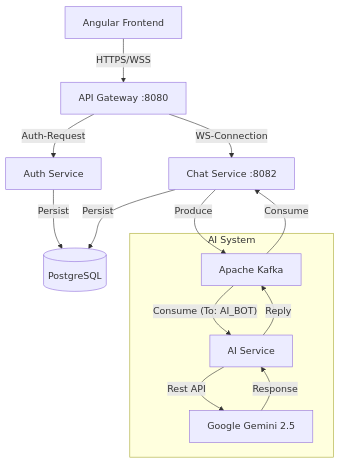
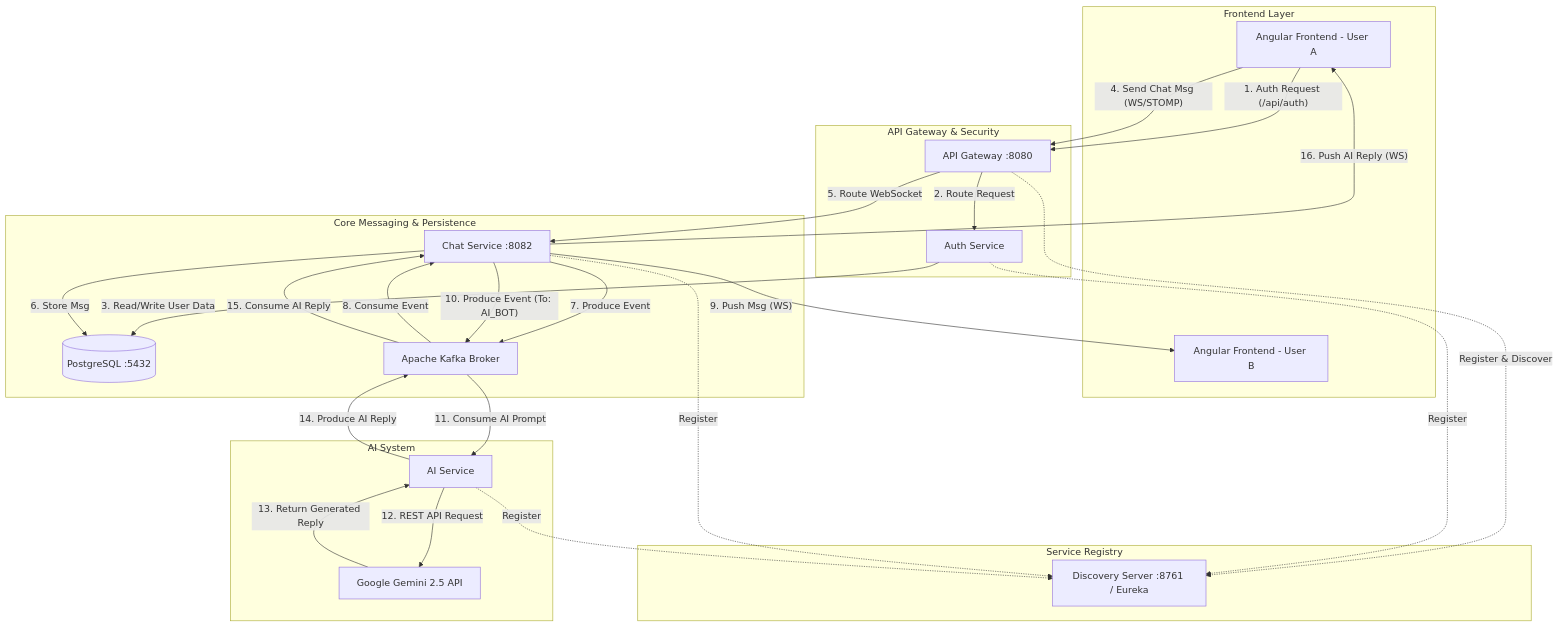
One commit to Shivam25032000/chat-app changed the diagram in README.md. Above: the diagram before and after it, drawn with Mermaid.

Commit message:
proepr flow E2E

````diff
--- a/README.md
+++ b/README.md
@@ -39,19 +39,55 @@
 ```mermaid
 graph TD
-    Client[Angular Frontend] -->|HTTPS/WSS| Gateway[API Gateway :8080]
-    Gateway -->|Auth-Request| Auth[Auth Service]
-    Gateway -->|WS-Connection| Chat[Chat Service :8082]
-    
-    Auth -->|Persist| DB[(PostgreSQL)]
-    Chat -->|Persist| DB
-    
-    Chat -->|Produce| Kafka[Apache Kafka]
-    Kafka -->|Consume| Chat
-    
+    subgraph "Frontend Layer"
+        UserA[Angular Frontend - User A]
+        UserB[Angular Frontend - User B]
+    end
+
+    subgraph "Service Registry"
+        Eureka[Discovery Server :8761 / Eureka]
+    end
+
+    subgraph "API Gateway & Security"
+        Gateway[API Gateway :8080]
+        Auth[Auth Service]
+    end
+
+    subgraph "Core Messaging & Persistence"
+        Chat[Chat Service :8082]
+        DB[(PostgreSQL :5432)]
+        Kafka[Apache Kafka Broker]
+    end
+
     subgraph "AI System"
-        Kafka -->|"Consume (To: AI_BOT)"| AIService[AI Service]
-        AIService -->|Rest API| Gemini[Google Gemini 2.5]
-        Gemini -->|Response| AIService
-        AIService -->|Reply| Kafka
+        AIService[AI Service]
+        Gemini[Google Gemini 2.5 API]
     end
+
+    %% Service Registration & Discovery
+    Gateway -.->|"Register & Discover"| Eureka
+    Auth -.->|"Register"| Eureka
+    Chat -.->|"Register"| Eureka
+    AIService -.->|"Register"| Eureka
+
+    %% Flow 1: Authentication
+    UserA -->|"1. Auth Request (/api/auth)"| Gateway
+    Gateway -->|"2. Route Request"| Auth
+    Auth -->|"3. Read/Write User Data"| DB
+
+    %% Flow 2: Human-to-Human Messaging
+    UserA -->|"4. Send Chat Msg (WS/STOMP)"| Gateway
+    Gateway -->|"5. Route WebSocket"| Chat
+    Chat -->|"6. Store Msg"| DB
+    Chat -->|"7. Produce Event"| Kafka
+    Kafka -->|"8. Consume Event"| Chat
+    Chat -->|"9. Push Msg (WS)"| UserB
+
+    %% Flow 3: Human-to-AI Messaging (recipient: AI_BOT)
+    Chat -->|"10. Produce Event (To: AI_BOT)"| Kafka
+    Kafka -->|"11. Consume AI Prompt"| AIService
+    AIService -->|"12. REST API Request"| Gemini
+    Gemini -->|"13. Return Generated Reply"| AIService
+    AIService -->|"14. Produce AI Reply"| Kafka
+    Kafka -->|"15. Consume AI Reply"| Chat
+    Chat -->|"16. Push AI Reply (WS)"| UserA
 ```
````
